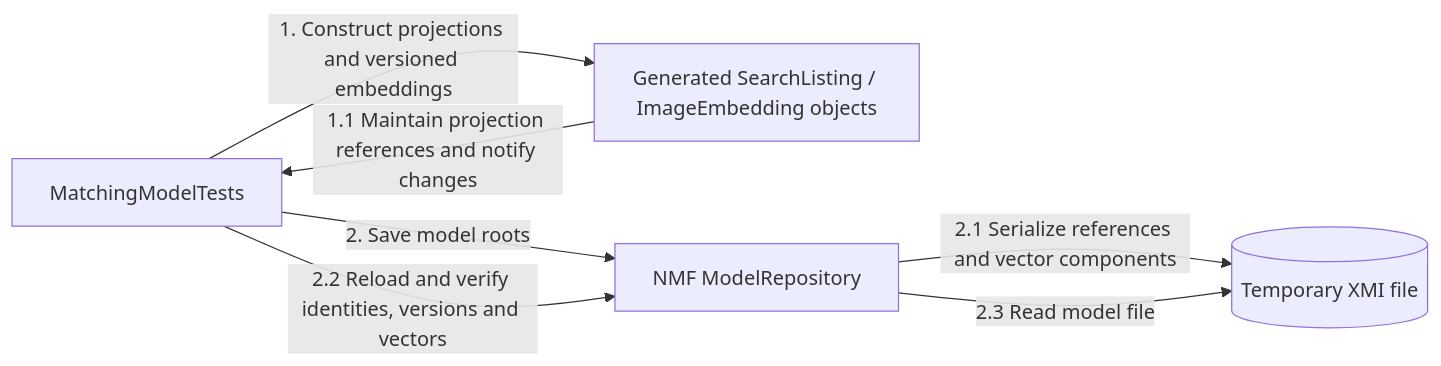
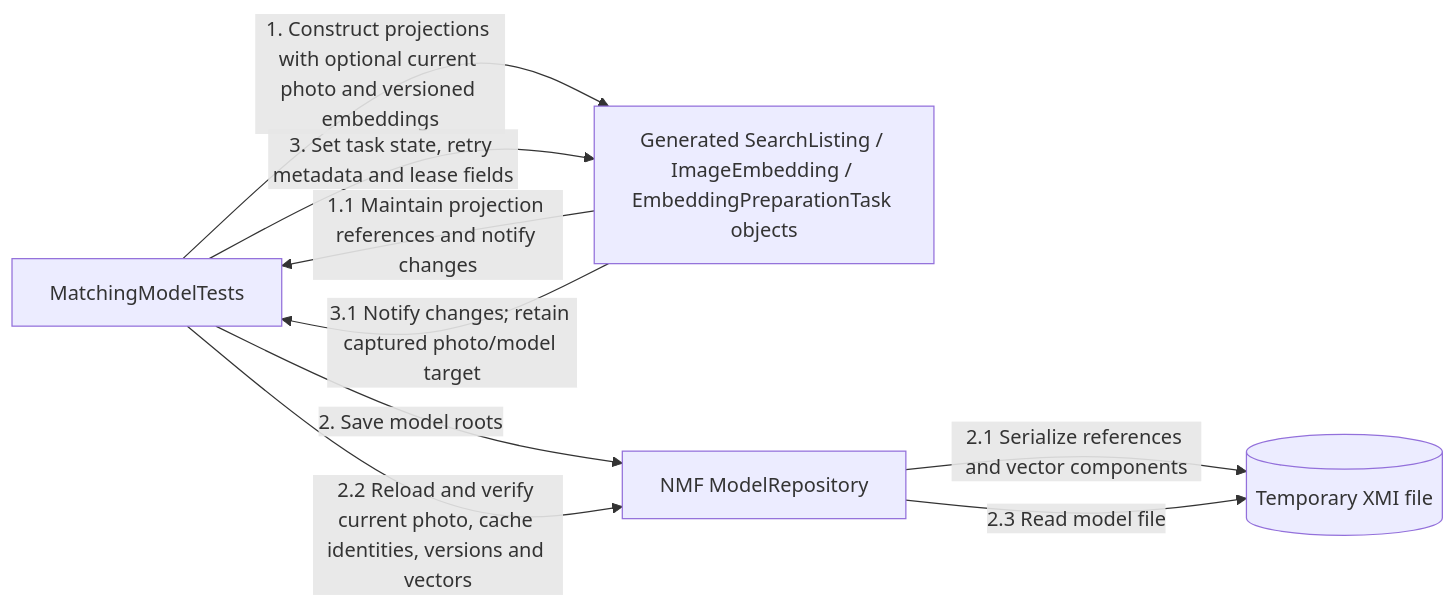
The first of 2 diagrams in src/Services/Matching/COMMUNICATION.md (bogdan-spilevoi/ASET-master-year-1), drawn with Mermaid before and after one commit. The commit also changed other lines of this file and 37 other files, not shown here.

````diff
--- a/src/Services/Matching/COMMUNICATION.md
+++ b/src/Services/Matching/COMMUNICATION.md
@@ -12,13 +12,15 @@
 ```mermaid
 flowchart LR
     Tests["MatchingModelTests"]
-    Model["Generated SearchListing / ImageEmbedding objects"]
+    Model["Generated SearchListing / ImageEmbedding / EmbeddingPreparationTask objects"]
     Repository["NMF ModelRepository"]
     XMI[("Temporary XMI file")]
-    Tests -->|"1. Construct projections and versioned embeddings"| Model
+    Tests -->|"1. Construct projections with optional current photo and versioned embeddings"| Model
     Model -->|"1.1 Maintain projection references and notify changes"| Tests
     Tests -->|"2. Save model roots"| Repository
     Repository -->|"2.1 Serialize references and vector components"| XMI
-    Tests -->|"2.2 Reload and verify identities, versions and vectors"| Repository
+    Tests -->|"2.2 Reload and verify current photo, cache identities, versions and vectors"| Repository
     Repository -->|"2.3 Read model file"| XMI
+    Tests -->|"3. Set task state, retry metadata and lease fields"| Model
+    Model -->|"3.1 Notify changes; retain captured photo/model target"| Tests
 ```
````
